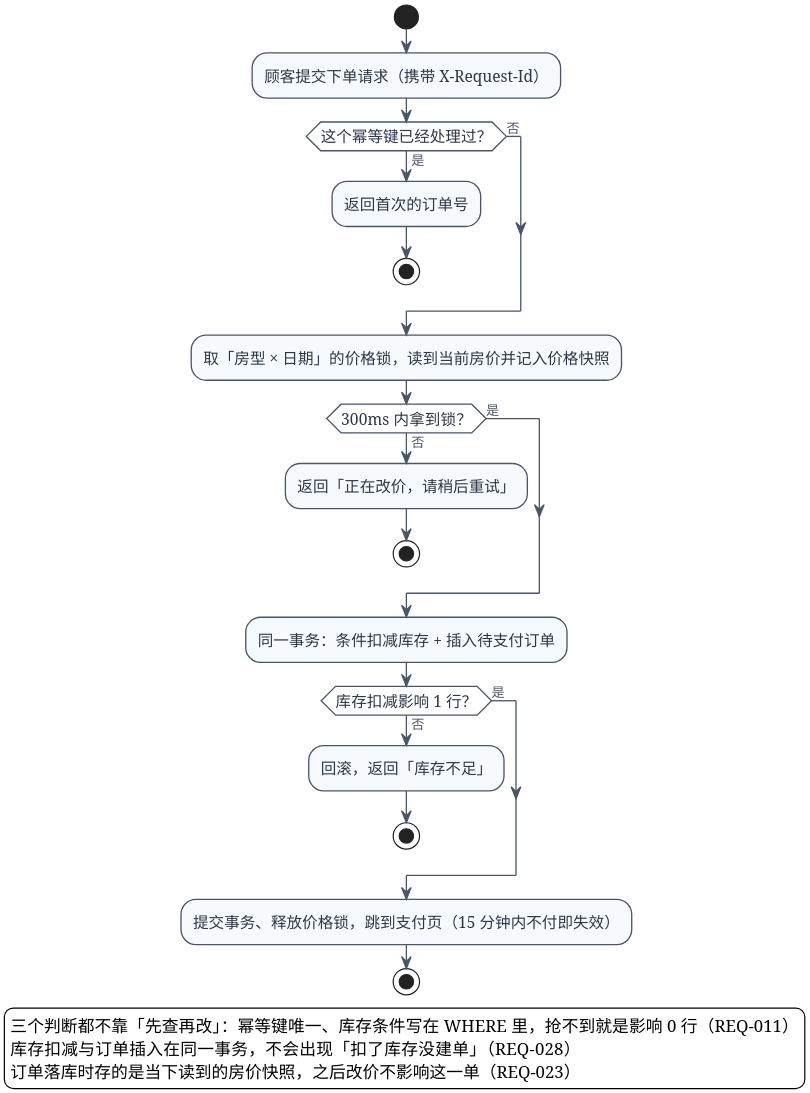
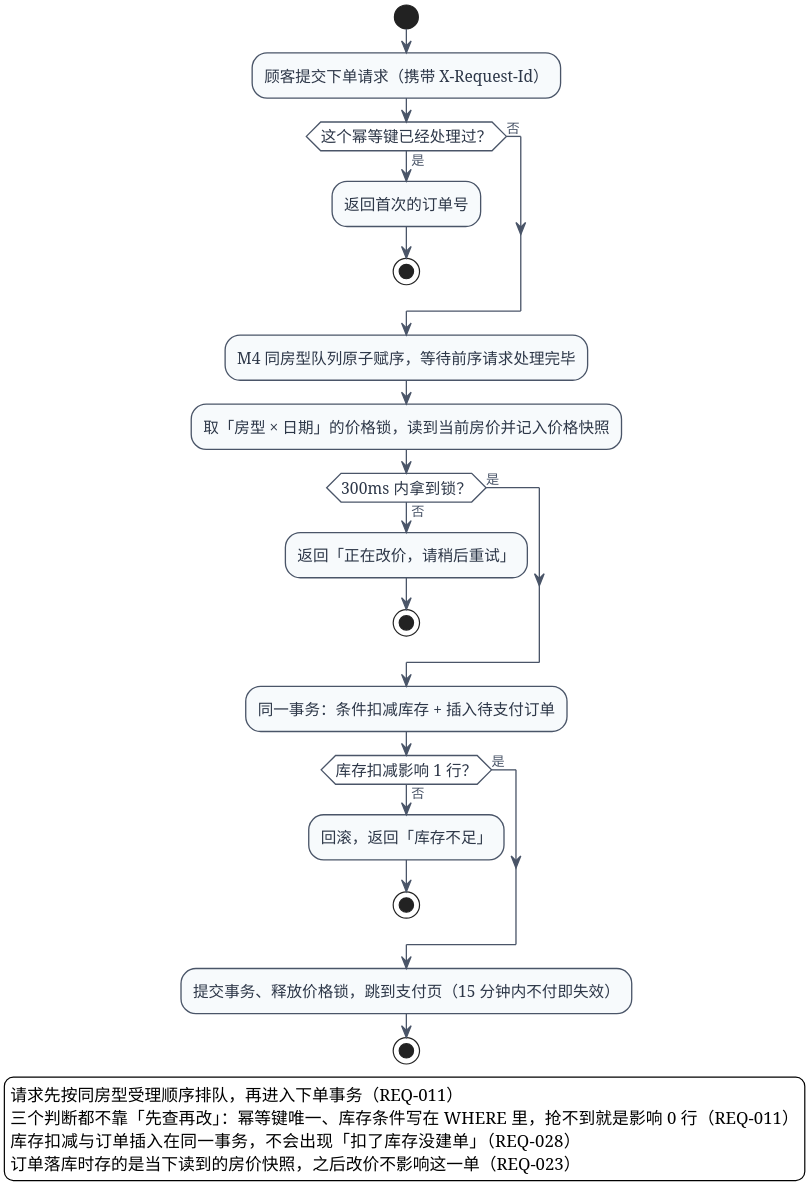
Before and after one commit to ruzhai/software-engineering-labs: the diagram in UML/UML活动图_下单与锁库存.puml, drawn with PlantUML. The commit also changed 11 other files, not shown here.

```diff
--- a/UML/UML活动图_下单与锁库存.puml
+++ b/UML/UML活动图_下单与锁库存.puml
@@ -1,53 +1,56 @@
 @startuml UML活动图_下单与锁库存
 skinparam defaultFontName "Microsoft YaHei"
 skinparam shadowing false
 skinparam backgroundColor #FFFFFF
 skinparam dpi 250
 skinparam ArrowColor #4A5568
 skinparam ArrowFontColor #4A5568
 skinparam ArrowFontSize 11
 skinparam activity {
   BackgroundColor #F7FAFC
   BorderColor #4A5568
   FontColor #2D3748
   FontSize 13
   BorderThickness 1.1
   DiamondBackgroundColor #FFFFFF
   DiamondBorderColor #4A5568
   DiamondFontColor #2D3748
 }
 
 start
 :顾客提交下单请求（携带 X-Request-Id）;
 
 if (这个幂等键已经处理过？) then (是)
   :返回首次的订单号;
   stop
 else (否)
 endif
 
+:M4 同房型队列原子赋序，等待前序请求处理完毕;
+
 :取「房型 × 日期」的价格锁，读到当前房价并记入价格快照;
 
 if (300ms 内拿到锁？) then (否)
   :返回「正在改价，请稍后重试」;
   stop
 else (是)
 endif
 
 :同一事务：条件扣减库存 + 插入待支付订单;
 
 if (库存扣减影响 1 行？) then (否)
   :回滚，返回「库存不足」;
   stop
 else (是)
 endif
 
 :提交事务、释放价格锁，跳到支付页（15 分钟内不付即失效）;
 stop
 
 legend bottom left
+  请求先按同房型受理顺序排队，再进入下单事务（REQ-011）
   三个判断都不靠「先查再改」：幂等键唯一、库存条件写在 WHERE 里，抢不到就是影响 0 行（REQ-011）
   库存扣减与订单插入在同一事务，不会出现「扣了库存没建单」（REQ-028）
   订单落库时存的是当下读到的房价快照，之后改价不影响这一单（REQ-023）
 end legend
 @enduml
```
